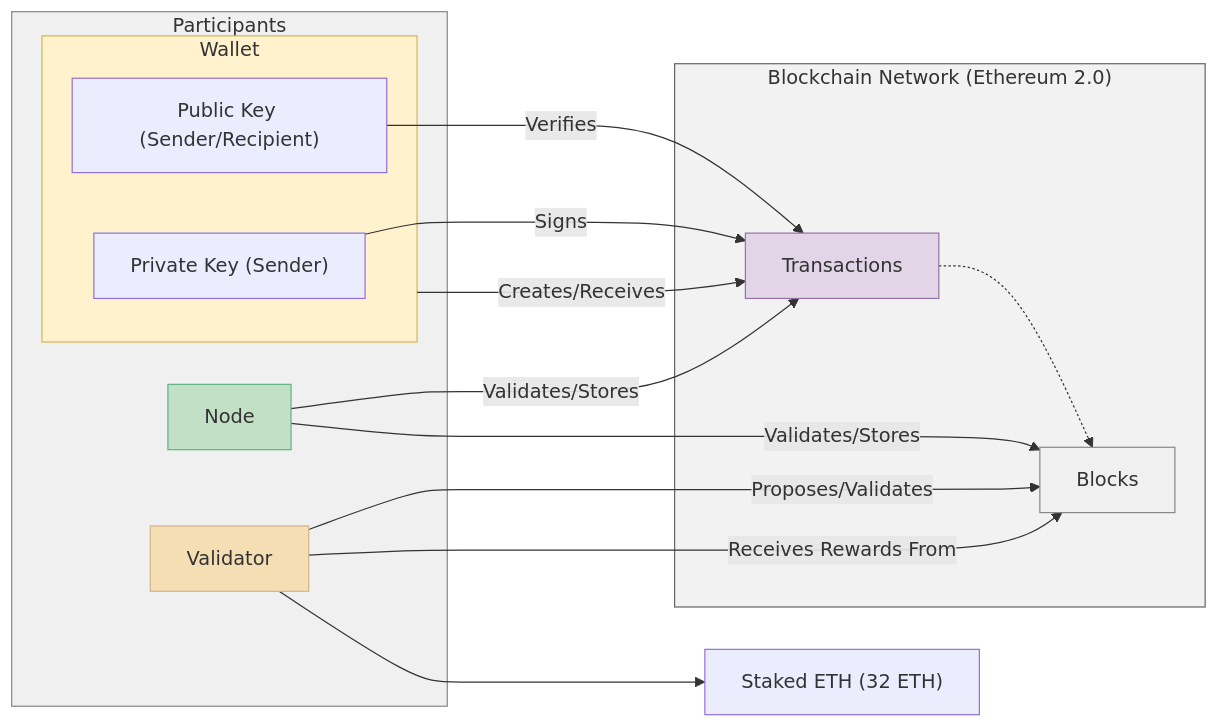
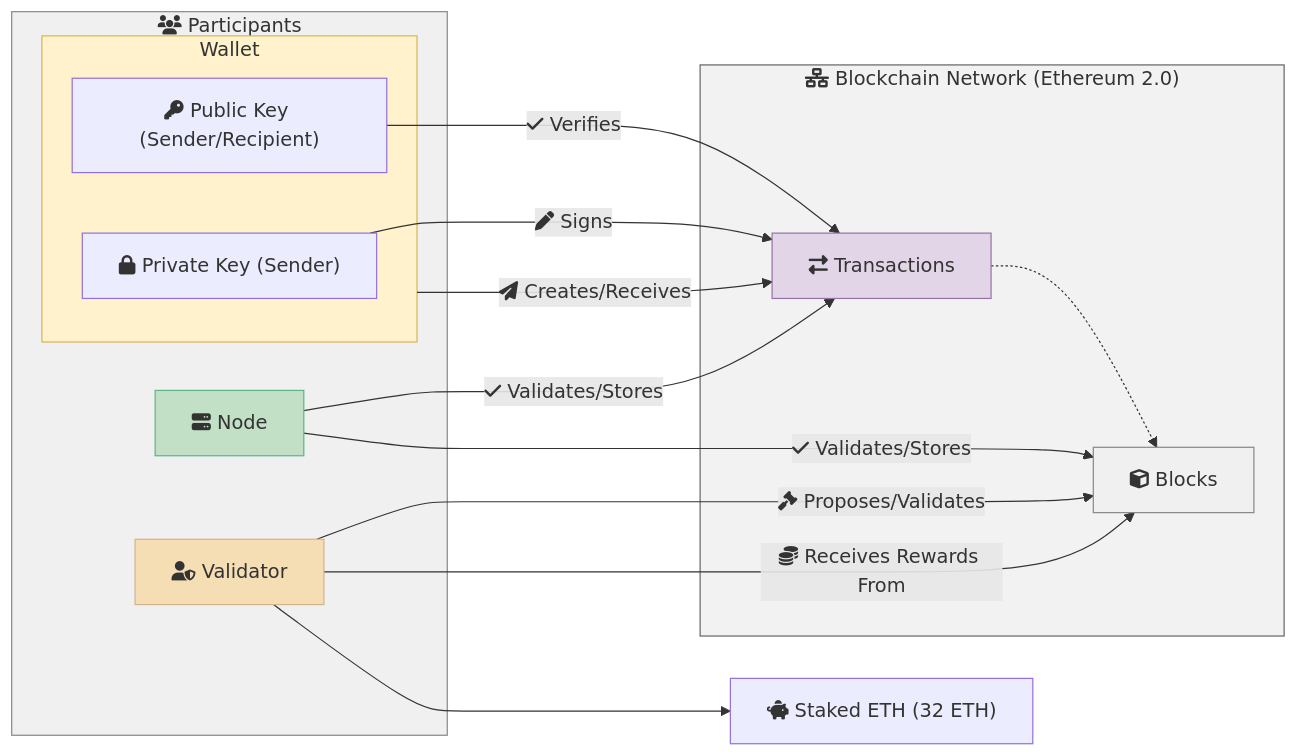
Before and after one commit to kelvin-bz/blog: the seventh of 22 diagrams in _posts/2024-07-06-blockchain-for-dummies.md, drawn with Mermaid. The commit also changed other lines of this file, not shown here.

````diff
--- a/_posts/2024-07-06-blockchain-for-dummies.md
+++ b/_posts/2024-07-06-blockchain-for-dummies.md
@@ -198,38 +198,39 @@
 ```mermaid
 graph LR
-    subgraph Network["Blockchain Network (Ethereum 2.0)"]
+    subgraph Network["fa:fa-network-wired Blockchain Network (Ethereum 2.0)"]
         style Network fill:#F2F2F2,stroke:#666666
-        Transactions["Transactions"]
+        Transactions["fa:fa-exchange-alt Transactions"]
         style Transactions fill:#E1D5E7,stroke:#9673A6
-        Blocks["Blocks"]
+        Blocks["fa:fa-cube Blocks"]
         style Blocks fill:#F0F0F0,stroke:#888888
     end
 
-    subgraph Participants["Participants"]
+    subgraph Participants["fa:fa-users Participants"]
         style Participants fill:#F0F0F0,stroke:#888888
-        Wallet["Wallet (User)"]
+        Wallet["fa:fa-wallet Wallet (User)"]
         style Wallet fill:#FFF2CC,stroke:#D6B656
-        Node["Node"]
+        Node["fa:fa-server Node"]
         style Node fill:#C2E0C6,stroke:#5FB483
-        Validator["Validator"]
+        Validator["fa:fa-user-shield Validator"]
         style Validator fill:#F5DEB3,stroke:#D2B48C
     end
     
     subgraph Wallet
-      PublicKey["Public Key (Sender/Recipient)"]
-      PrivateKey["Private Key (Sender)"]
+      PublicKey["fa:fa-key Public Key (Sender/Recipient)"]
+      PrivateKey["fa:fa-lock Private Key (Sender)"]
     end
 
-    Wallet -- "Creates/Receives" --> Transactions
-    Node -- "Validates/Stores" --> Transactions
-    Node -- "Validates/Stores" --> Blocks
-    Validator -- "Proposes/Validates" --> Blocks
+    Wallet -- "fa:fa-paper-plane Creates/Receives" --> Transactions
+    Node -- "fa:fa-check Validates/Stores" --> Transactions
+    Node -- "fa:fa-check Validates/Stores" --> Blocks
+    Validator -- "fa:fa-gavel Proposes/Validates" --> Blocks
     Transactions -.-> Blocks
 
-    PrivateKey -- "Signs" --> Transactions
-    PublicKey -- "Verifies" --> Transactions
-    Validator -- "Receives Rewards From" --> Blocks
-    Validator --> StakedETH["Staked ETH (32 ETH)"]
+    PrivateKey -- "fa:fa-pen Signs" --> Transactions
+    PublicKey -- "fa:fa-check Verifies" --> Transactions
+    Validator -- "fa:fa-coins Receives Rewards From" --> Blocks
+    Validator --> StakedETH["fa:fa-piggy-bank Staked ETH (32 ETH)"]
+
     
 
 ```
````
